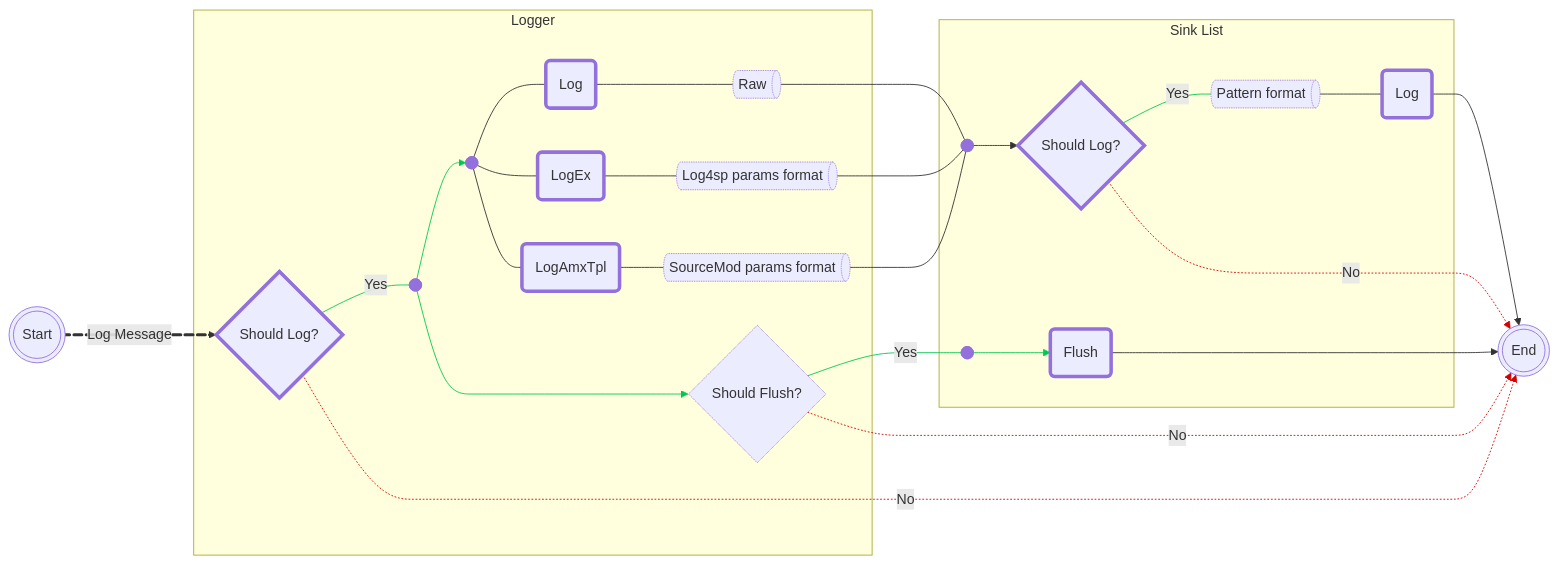
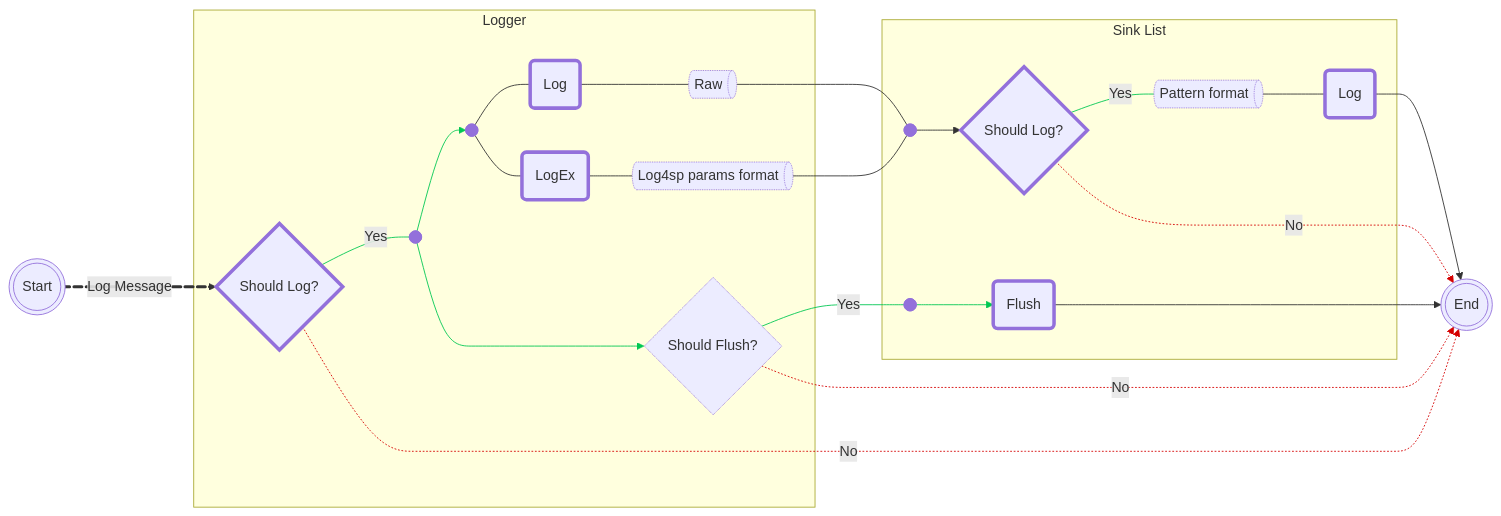
Before and after one commit to F1F88/sm-ext-log4sp: the diagram in readme-chi.md, drawn with Mermaid. The commit also changed other lines of this file and 15 other files, not shown here.

Commit message:
feat: Removed Logger.Log**AmxTpl natives

````diff
--- a/readme-chi.md
+++ b/readme-chi.md
@@ -443,73 +439,66 @@
 ```mermaid
 flowchart LR
  subgraph Logger["Logger"]
         LoggerShouldLog{"Should Log?"}
         LoggerShouldJunction["Junction"]
         LoggerLogJunction["Junction"]
         LoggerShouldFlush{"Should Flush?"}
         LoggerLog("Log")
         LoggerLogEx("LogEx")
-        LoggerLogAmxTpl("LogAmxTpl")
         LoggerLogFormat["Raw"]
         LoggerLogExFormat["Log4sp params format"]
-        LoggerLogAmxTplFormat["SourceMod params format"]
   end
  subgraph Sinks["Sink List"]
         SinkShouldJunction["Junction"]
         SinkShouldLog{"Should Log?"}
         SinkLog("Log")
         SinkPatternFormat["Pattern format"]
         SinkFlushJunction["Junction"]
         SinkFlush("Flush")
   end
     Start((("Start"))) L_Start_LoggerShouldLog_0@== Log Message ==> LoggerShouldLog
     LoggerShouldLog -- Yes --- LoggerShouldJunction
     LoggerShouldJunction --> LoggerLogJunction & LoggerShouldFlush
     LoggerShouldLog -. No .-> Stop((("End")))
-    LoggerLogJunction --- LoggerLog & LoggerLogEx & LoggerLogAmxTpl
+    LoggerLogJunction --- LoggerLog & LoggerLogEx
     LoggerLog --- LoggerLogFormat
     LoggerLogFormat --- SinkShouldJunction
     LoggerLogEx --- LoggerLogExFormat
     LoggerLogExFormat --- SinkShouldJunction
-    LoggerLogAmxTpl --- LoggerLogAmxTplFormat
-    LoggerLogAmxTplFormat --- SinkShouldJunction
     LoggerShouldFlush -- Yes --- SinkFlushJunction
     SinkFlushJunction --> SinkFlush
     SinkFlush --> Stop
     LoggerShouldFlush -. No .-> Stop
     SinkShouldJunction --> SinkShouldLog
     SinkShouldLog -- Yes --- SinkPatternFormat
     SinkPatternFormat --- SinkLog
     SinkLog --> Stop
     SinkShouldLog -. No .-> Stop
     LoggerShouldJunction@{ shape: junction}
     LoggerLogJunction@{ shape: junction}
     LoggerLogFormat@{ shape: das}
     LoggerLogExFormat@{ shape: das}
-    LoggerLogAmxTplFormat@{ shape: das}
     SinkShouldJunction@{ shape: junction}
     SinkPatternFormat@{ shape: das}
     SinkFlushJunction@{ shape: junction}
     style LoggerShouldLog stroke-width:4px,stroke-dasharray: 0
     style LoggerShouldFlush stroke-width:1px,stroke-dasharray: 1
     style LoggerLog stroke-width:4px,stroke-dasharray: 0
     style LoggerLogEx stroke-width:4px,stroke-dasharray: 0
-    style LoggerLogAmxTpl stroke-width:4px,stroke-dasharray: 0
     style LoggerLogFormat stroke-width:1px,stroke-dasharray: 1
     style LoggerLogExFormat stroke-width:1px,stroke-dasharray: 1
-    style LoggerLogAmxTplFormat stroke-width:1px,stroke-dasharray: 1
     style SinkShouldLog stroke-width:4px,stroke-dasharray: 0
     style SinkLog stroke-width:4px,stroke-dasharray: 0
     style SinkPatternFormat stroke-width:1px,stroke-dasharray: 1
     style SinkFlush stroke-width:4px,stroke-dasharray: 0
     linkStyle 1 stroke:#00C853,fill:none
     linkStyle 2 stroke:#00C853,fill:none
     linkStyle 3 stroke:#00C853,fill:none
     linkStyle 4 stroke:#D50000,fill:none
-    linkStyle 14 stroke:#00C853,fill:none
-    linkStyle 15 stroke:#00C853,fill:none
-    linkStyle 17 stroke:#D50000,fill:none
-    linkStyle 19 stroke:#00C853,fill:none
-    linkStyle 22 stroke:#D50000,fill:none
+    linkStyle 11 stroke:#00C853,fill:none
+    linkStyle 12 stroke:#00C853,fill:none
+    linkStyle 14 stroke:#D50000,fill:none
+    linkStyle 16 stroke:#00C853,fill:none
+    linkStyle 19 stroke:#D50000,fill:none
     L_Start_LoggerShouldLog_0@{ animation: fast }
 ```
````
